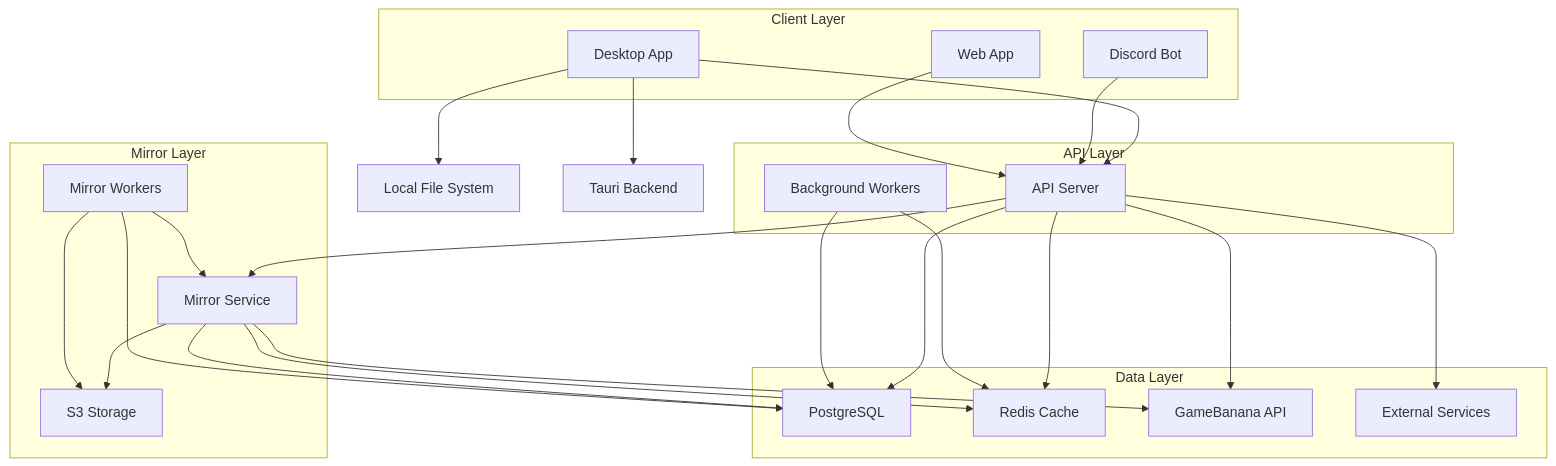
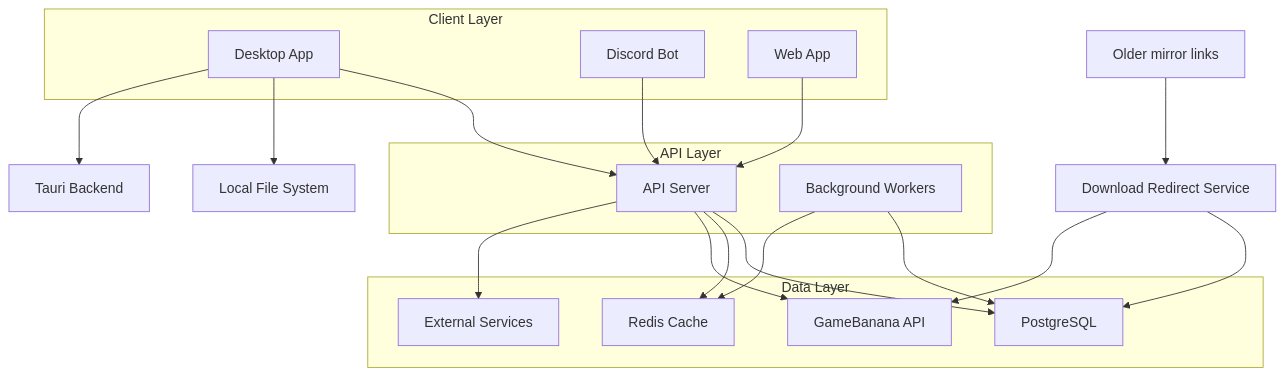
One commit to deadlock-mod-manager/deadlock-mod-manager changed the first of 5 diagrams in apps/docs/content/docs/developer-docs/architecture.mdx. Above: the diagram before and after it, drawn with Mermaid. The commit also changed other lines of this file and 32 other files, not shown here.

Commit message:
chore(mirror-service): retire the cache and preserve download links

````diff
--- a/apps/docs/content/docs/developer-docs/architecture.mdx
+++ b/apps/docs/content/docs/developer-docs/architecture.mdx
@@ -15,53 +15,41 @@
 ```mermaid
 graph TD
     A[Desktop App] --> B[API Server]
     A --> C[Local File System]
     A --> D[Tauri Backend]
 
     B --> E[PostgreSQL]
     B --> F[Redis Cache]
     B --> G[GameBanana API]
-    B --> M[Mirror Service]
+    O[Older mirror links] --> M[Download Redirect Service]
 
     H[Discord Bot] --> B
     I[Web App] --> B
 
     J[Background Workers] --> E
     J --> F
 
     K[External Services]
     B --> K
 
     M --> E
-    M --> F
-    M --> N[S3 Storage]
     M --> G
-
-    L[Mirror Workers] --> M
-    L --> E
-    L --> N
 
     subgraph "Client Layer"
         A
         H
         I
     end
 
     subgraph "API Layer"
         B
         J
     end
 
-    subgraph "Mirror Layer"
-        M
-        L
-        N
-    end
-
     subgraph "Data Layer"
         E
         F
         G
         K
     end
 ```
````
